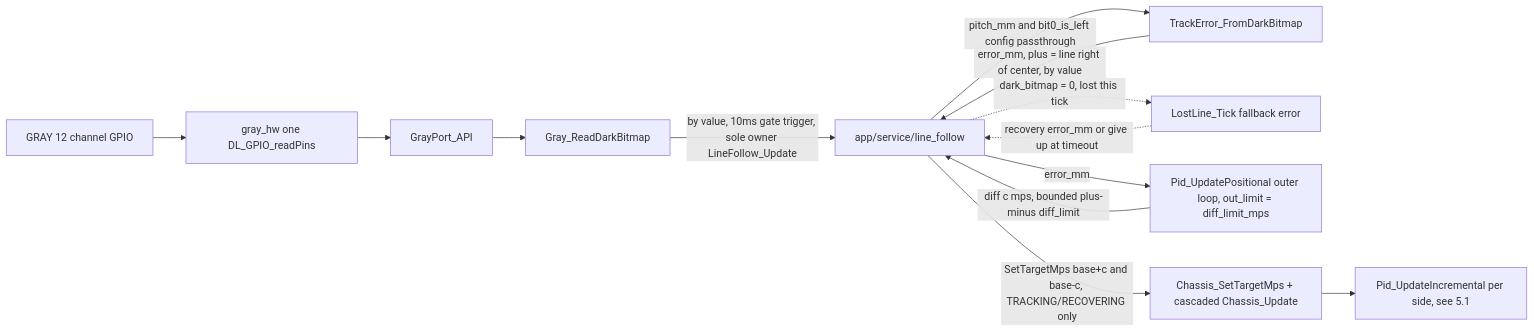
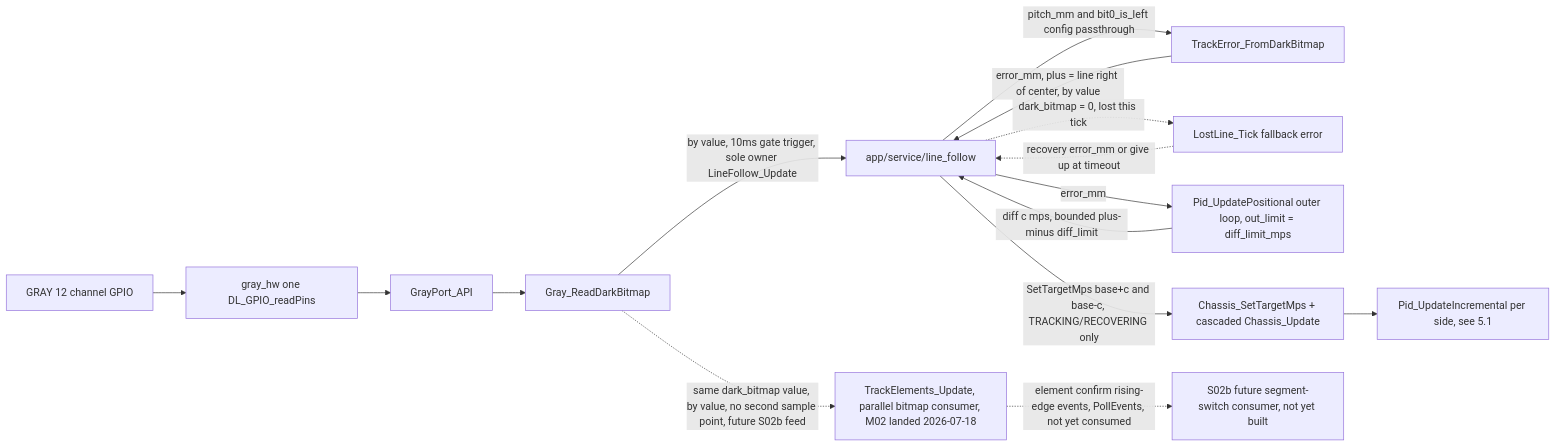
Before and after one commit to AigisYangyan/2026_NUEDC: the fourth of 6 diagrams in agent/api_architecture_topology.md, drawn with Mermaid. The commit also changed other lines of this file and 2 other files, not shown here.

First line of the commit message:
docs: 拓扑同步 M02 —— §5.4 位图并列消费者 + V24 + §7 覆盖 + §3 DONE + §16.5 审计处置

````diff
--- a/agent/api_architecture_topology.md
+++ b/agent/api_architecture_topology.md
@@ -119,15 +119,18 @@
 ```mermaid
 flowchart LR
   GrayPins[GRAY 12 channel GPIO] --> GrayHw[gray_hw one DL_GPIO_readPins]
   GrayHw --> GrayPort[GrayPort_API]
   GrayPort --> Gray[Gray_ReadDarkBitmap]
   Gray -->|by value, 10ms gate trigger, sole owner LineFollow_Update| LineFollow[app/service/line_follow]
   LineFollow -->|pitch_mm and bit0_is_left config passthrough| TrackError[TrackError_FromDarkBitmap]
   TrackError -->|error_mm, plus = line right of center, by value| LineFollow
   LineFollow -.->|dark_bitmap = 0, lost this tick| LostLine[LostLine_Tick fallback error]
   LostLine -.->|recovery error_mm or give up at timeout| LineFollow
   LineFollow -->|error_mm| OuterPID[Pid_UpdatePositional outer loop, out_limit = diff_limit_mps]
   OuterPID -->|diff c mps, bounded plus-minus diff_limit| LineFollow
   LineFollow -->|SetTargetMps base+c and base-c, TRACKING/RECOVERING only| Chassis[Chassis_SetTargetMps + cascaded Chassis_Update]
   Chassis --> InnerPID[Pid_UpdateIncremental per side, see 5.1]
+
+  Gray -.->|same dark_bitmap value, by value, no second sample point, future S02b feed| TrackElementsMod[TrackElements_Update, parallel bitmap consumer, M02 landed 2026-07-18]
+  TrackElementsMod -.->|element confirm rising-edge events, PollEvents, not yet consumed| S02b[S02b future segment-switch consumer, not yet built]
 ```
````
